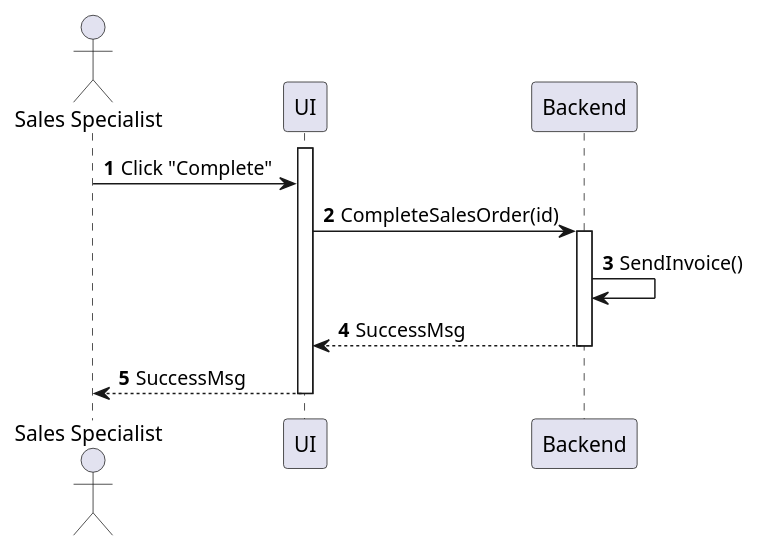
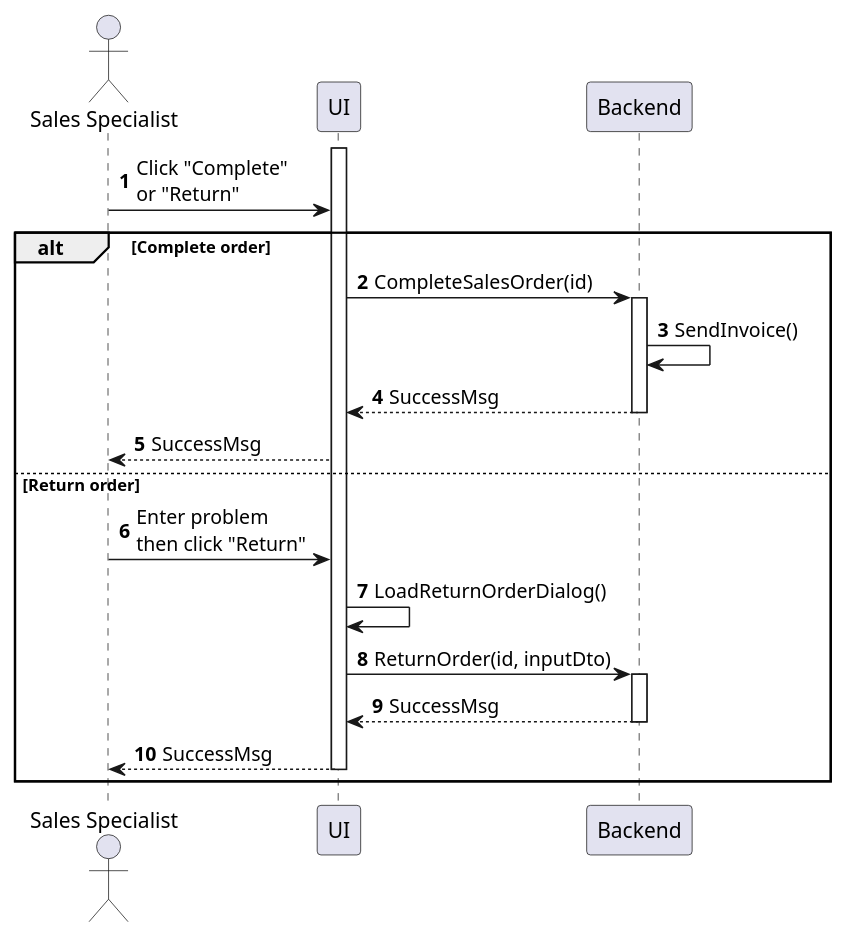
One commit to phihungha/scmss-reqs changed the diagram in sequences/sales-order-complete.plantuml. Above: the diagram before and after it, drawn with PlantUML. The commit also changed 7 other files, not shown here.

```diff
--- a/sequences/sales-order-complete.plantuml
+++ b/sequences/sales-order-complete.plantuml
@@ -1,16 +1,27 @@
 @startuml sales-order-complete
 autonumber
 
 actor "Sales Specialist" as a
 participant UI as f
 participant Backend as b
 
 activate f
-a -> f : Click "Complete"
-f -> b : CompleteSalesOrder(id)
-activate b
-b -> b : SendInvoice()
-return SuccessMsg
-f --> a : SuccessMsg
-deactivate f
+
+a -> f : Click "Complete"\nor "Return"
+
+alt Complete order
+    f -> b : CompleteSalesOrder(id)
+    activate b
+    b -> b : SendInvoice()
+    return SuccessMsg
+    f --> a : SuccessMsg
+else Return order
+    a -> f : Enter problem\nthen click "Return"
+    f -> f : LoadReturnOrderDialog()
+    f -> b : ReturnOrder(id, inputDto)
+    activate b
+    return SuccessMsg
+    f --> a : SuccessMsg
+    deactivate f
+end
 @enduml
```
